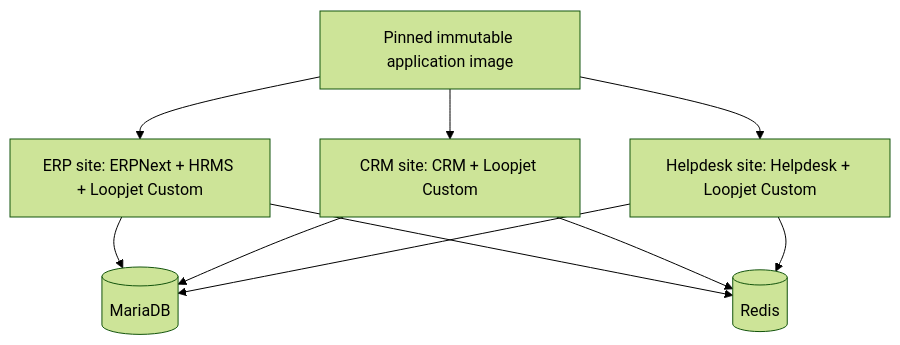
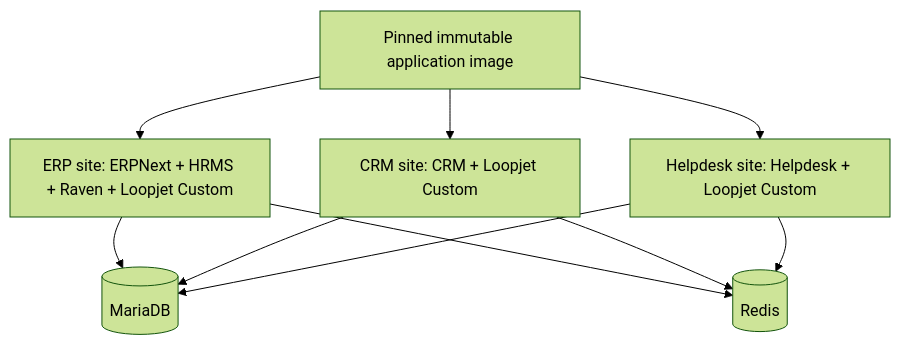
One commit to loopjet-llc/loopjet-frappe-deployment changed the diagram in docs/architecture.md. Above: the diagram before and after it, drawn with Mermaid (forest theme). The commit also changed other lines of this file and 6 other files, not shown here.

````diff
--- a/docs/architecture.md
+++ b/docs/architecture.md
@@ -28,12 +31,12 @@
 ```mermaid
 flowchart TD
-  I["Pinned immutable application image"] --> E["ERP site: ERPNext + HRMS + Loopjet Custom"]
+  I["Pinned immutable application image"] --> E["ERP site: ERPNext + HRMS + Raven + Loopjet Custom"]
   I --> C["CRM site: CRM + Loopjet Custom"]
   I --> H["Helpdesk site: Helpdesk + Loopjet Custom"]
   E --> M[(MariaDB)]
   C --> M
   H --> M
   E --> R[(Redis)]
   C --> R
   H --> R
 ```
````
